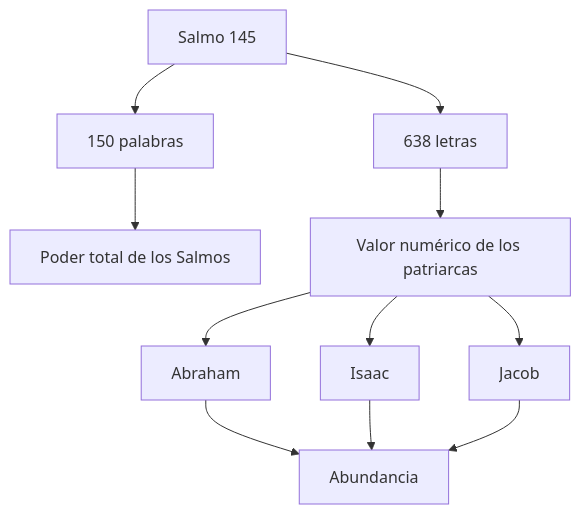
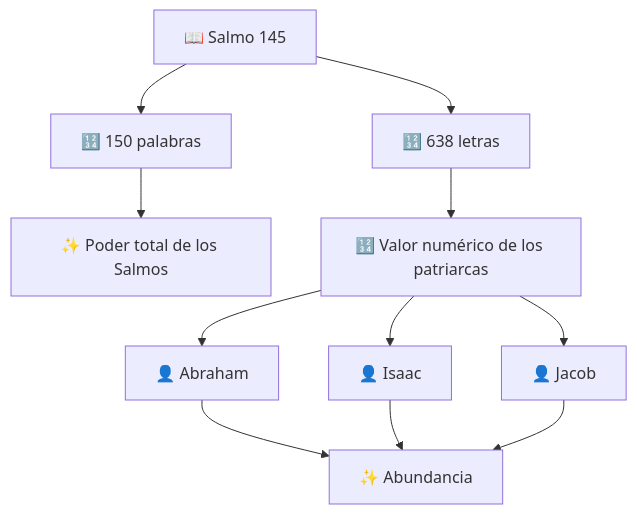
Before and after one commit to jeroroldan/jeronimo-blog: the third of 7 diagrams in src/content/blog/masterclass-salmo-145-abundancia-daniel-chapan.md, drawn with Mermaid. The commit also changed other lines of this file and 1 other file, not shown here.

First line of the commit message:
feat(masterclass): enhance Salmo 145 masterclass with visual elements and structured content

````diff
--- a/src/content/blog/masterclass-salmo-145-abundancia-daniel-chapan.md
+++ b/src/content/blog/masterclass-salmo-145-abundancia-daniel-chapan.md
@@ -103,13 +103,13 @@
 ```mermaid
 flowchart TD
-    A[Salmo 145] --> B[150 palabras]
-    A --> C[638 letras]
-    B --> D[Poder total de los Salmos]
-    C --> E[Valor numérico de los patriarcas]
-    E --> F[Abraham]
-    E --> G[Isaac]
-    E --> H[Jacob]
-    F --> I[Abundancia]
+    A[📖 Salmo 145] --> B[🔢 150 palabras]
+    A --> C[🔢 638 letras]
+    B --> D[✨ Poder total de los Salmos]
+    C --> E[🔢 Valor numérico de los patriarcas]
+    E --> F[👤 Abraham]
+    E --> G[👤 Isaac]
+    E --> H[👤 Jacob]
+    F --> I[✨ Abundancia]
     G --> I
     H --> I
 ```
````
